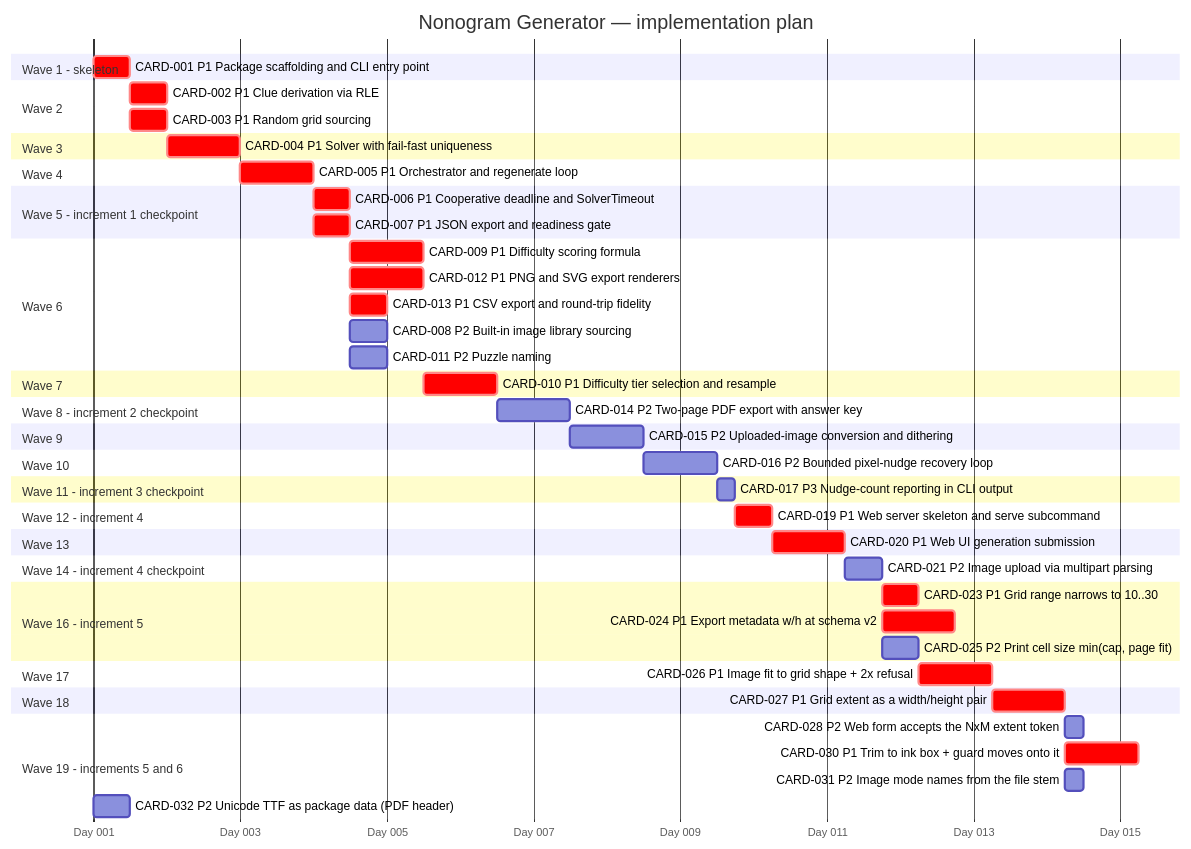
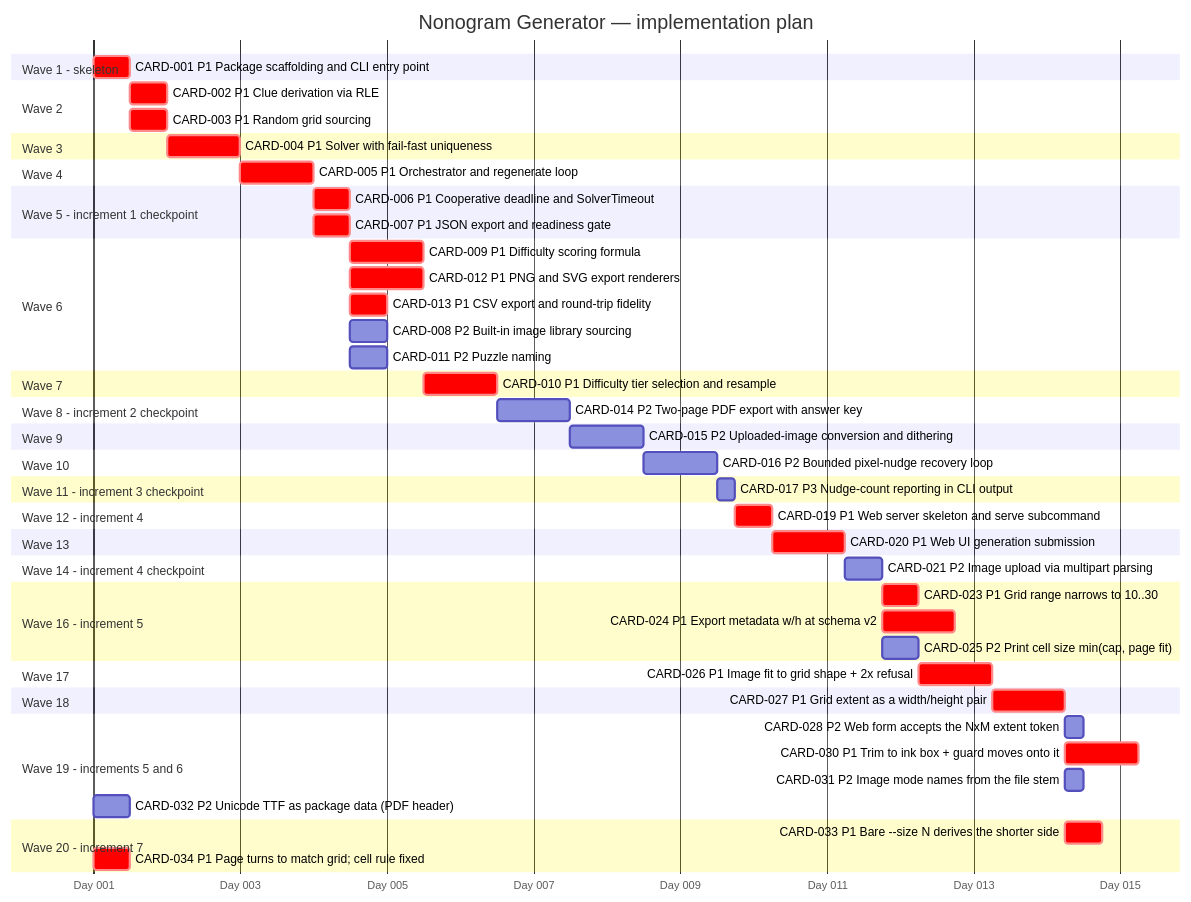
The diagram in meta/kanban/gantt.md (et0175/nonogram), drawn with Mermaid before and after one commit. The commit also changed other lines of this file and 10 other files, not shown here.

````diff
--- a/meta/kanban/gantt.md
+++ b/meta/kanban/gantt.md
@@ -19,71 +19,74 @@
 ```mermaid
 gantt
   title Nonogram Generator — implementation plan
   dateFormat X
   axisFormat Day %j
 
   section Wave 1 - skeleton
     CARD-001 P1 Package scaffolding and CLI entry point  :crit, card1, 0, 12h
 
   section Wave 2
     CARD-002 P1 Clue derivation via RLE                  :crit, card2, after card1, 12h
     CARD-003 P1 Random grid sourcing                     :crit, card3, after card1, 12h
 
   section Wave 3
     CARD-004 P1 Solver with fail-fast uniqueness         :crit, card4, after card2, 1d
 
   section Wave 4
     CARD-005 P1 Orchestrator and regenerate loop         :crit, card5, after card3 card4, 1d
 
   section Wave 5 - increment 1 checkpoint
     CARD-006 P1 Cooperative deadline and SolverTimeout   :crit, card6, after card4 card5, 12h
     CARD-007 P1 JSON export and readiness gate           :crit, card7, after card5, 12h
 
   section Wave 6
     CARD-009 P1 Difficulty scoring formula               :crit, card9, after card4 card6 card7, 1d
     CARD-012 P1 PNG and SVG export renderers             :crit, card12, after card6 card7, 1d
     CARD-013 P1 CSV export and round-trip fidelity       :crit, card13, after card6 card7, 12h
     CARD-008 P2 Built-in image library sourcing          :card8, after card3 card6 card7, 12h
     CARD-011 P2 Puzzle naming                            :card11, after card5 card6 card7, 12h
 
   section Wave 7
     CARD-010 P1 Difficulty tier selection and resample   :crit, card10, after card9 card11, 1d
 
   section Wave 8 - increment 2 checkpoint
     CARD-014 P2 Two-page PDF export with answer key      :card14, after card10 card12 card13, 1d
 
   section Wave 9
     CARD-015 P2 Uploaded-image conversion and dithering  :card15, after card8 card14, 1d
 
   section Wave 10
     CARD-016 P2 Bounded pixel-nudge recovery loop        :card16, after card15, 1d
 
   section Wave 11 - increment 3 checkpoint
     CARD-017 P3 Nudge-count reporting in CLI output      :card17, after card16, 6h
 
   section Wave 12 - increment 4
     CARD-019 P1 Web server skeleton and serve subcommand :crit, card19, after card17, 12h
 
   section Wave 13
     CARD-020 P1 Web UI generation submission             :crit, card20, after card19, 1d
 
   section Wave 14 - increment 4 checkpoint
     CARD-021 P2 Image upload via multipart parsing       :card21, after card20, 12h
 
   section Wave 16 - increment 5
     CARD-023 P1 Grid range narrows to 10..30             :crit, card23, after card21, 12h
     CARD-024 P1 Export metadata w/h at schema v2         :crit, card24, after card21, 1d
     CARD-025 P2 Print cell size min(cap, page fit)       :card25, after card21, 12h
 
   section Wave 17
     CARD-026 P1 Image fit to grid shape + 2x refusal     :crit, card26, after card23, 1d
 
   section Wave 18
     CARD-027 P1 Grid extent as a width/height pair       :crit, card27, after card23 card24 card26, 1d
 
   section Wave 19 - increments 5 and 6
     CARD-028 P2 Web form accepts the NxM extent token    :card28, after card20 card27, 6h
     CARD-030 P1 Trim to ink box + guard moves onto it    :crit, card30, after card27, 1d
     CARD-031 P2 Image mode names from the file stem      :card31, after card27, 6h
     CARD-032 P2 Unicode TTF as package data (PDF header) :card32, 0, 12h
+  section Wave 20 - increment 7
+    CARD-033 P1 Bare --size N derives the shorter side    :crit, card33, after card27, 12h
+    CARD-034 P1 Page turns to match grid; cell rule fixed :crit, card34, 0, 12h
 ```
````
